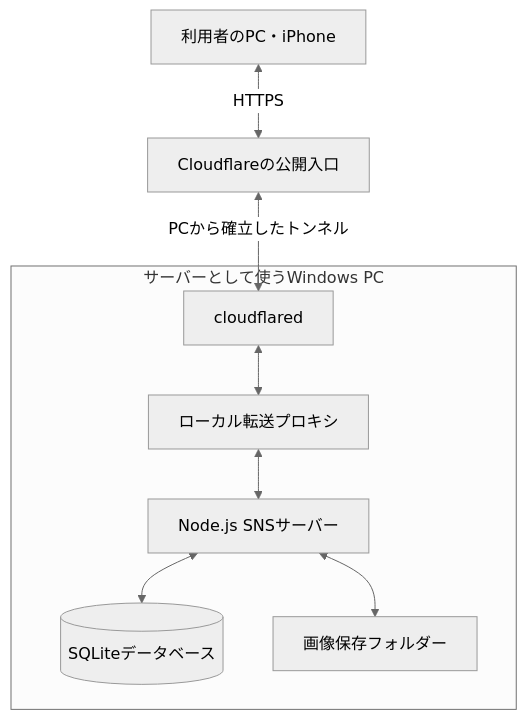
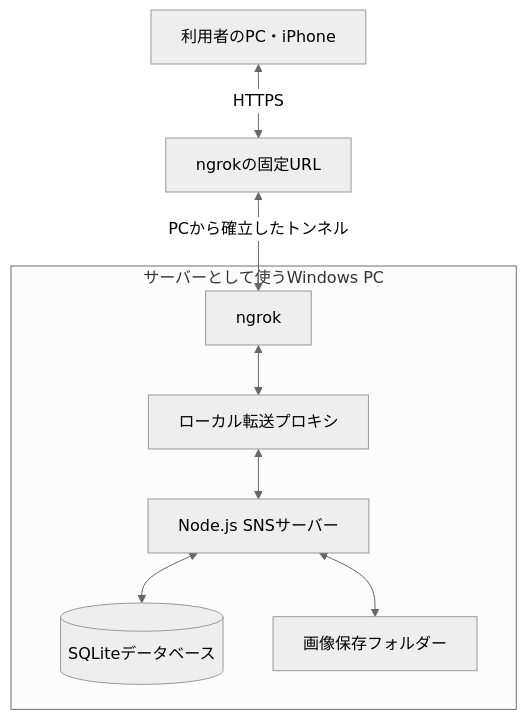
Before and after one commit to maronn-hash/tsunagari-sns: the diagram in README.md, drawn with Mermaid (neutral theme). The commit also changed other lines of this file, not shown here.

````diff
--- a/README.md
+++ b/README.md
@@ -9,18 +9,18 @@
 ```mermaid
 flowchart TD
     U["利用者のPC・iPhone"]
-    C["Cloudflareの公開入口"]
+    C["ngrokの固定URL"]
     subgraph PC["サーバーとして使うWindows PC"]
-        T["cloudflared"]
+        T["ngrok"]
         P["ローカル転送プロキシ"]
         A["Node.js SNSサーバー"]
         D[("SQLiteデータベース")]
         M["画像保存フォルダー"]
     end
     U <-->|HTTPS| C
     C <-->|PCから確立したトンネル| T
     T <--> P
     P <--> A
     A <--> D
     A <--> M
 ```
````
